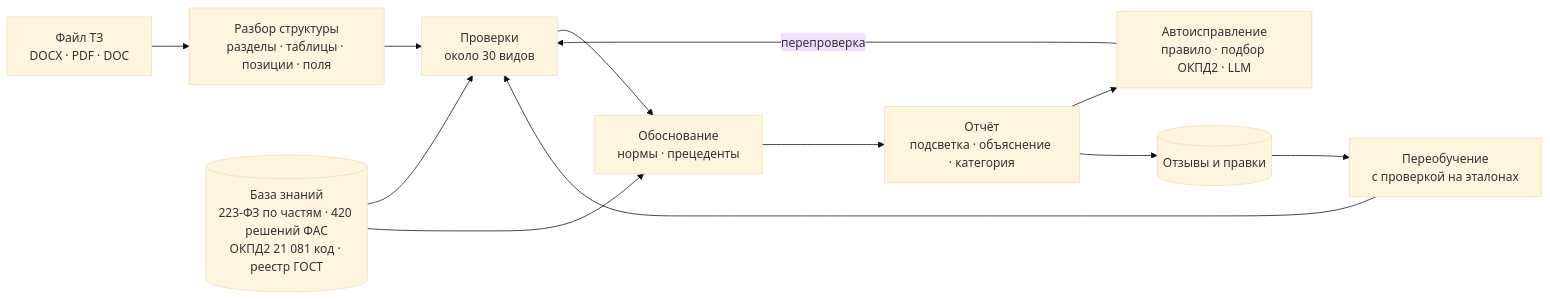
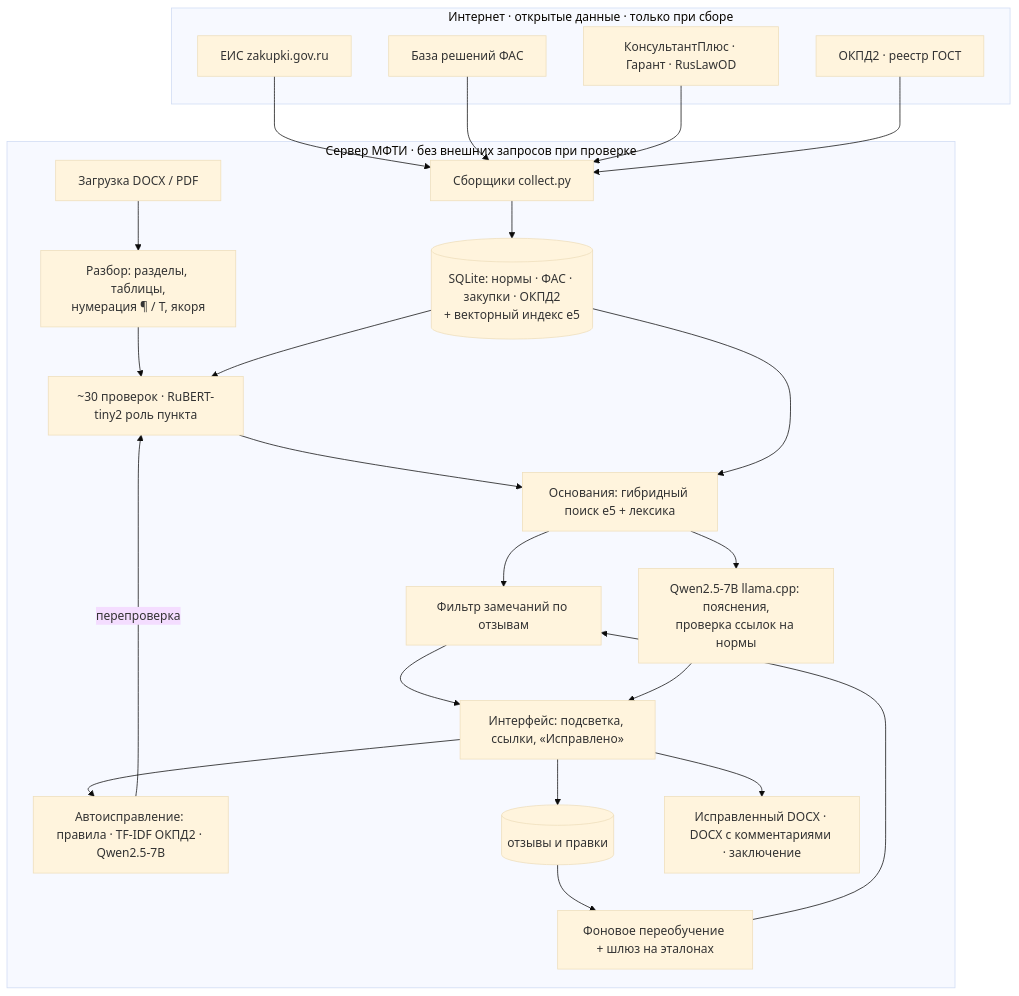
Before and after one commit to XxSNiPxX/tz-review-223fz: the second of 2 diagrams in README.md, drawn with Mermaid (base theme). The commit also changed other lines of this file and 2 other files, not shown here.

Commit message:
Numbered document (¶/Т) with clickable references that scroll to fragments; 'Исправлено' GitHub-style diff of applied edits and inline del/ins; README: local-only highlights, comparison, architecture, feedback/retrain loop, open data

````diff
--- a/README.md
+++ b/README.md
@@ -88,14 +150,28 @@
 ```mermaid
-flowchart LR
-  A[Файл ТЗ<br>DOCX · PDF · DOC] --> B[Разбор структуры<br>разделы · таблицы · позиции · поля]
-  B --> C[Проверки<br>около 30 видов]
-  K[(База знаний<br>223-ФЗ по частям · 420 решений ФАС<br>ОКПД2 21 081 код · реестр ГОСТ)] --> C
-  C --> D[Обоснование<br>нормы · прецеденты]
-  K --> D
-  D --> E[Отчёт<br>подсветка · объяснение · категория]
-  E --> F[Автоисправление<br>правило · подбор ОКПД2 · LLM]
-  F -->|перепроверка| C
-  E --> G[(Отзывы и правки)]
-  G --> H[Переобучение<br>с проверкой на эталонах]
-  H --> C
+flowchart TB
+  subgraph NET[Интернет · открытые данные · только при сборе]
+    EIS[ЕИС zakupki.gov.ru]
+    FAS[База решений ФАС]
+    LAW[КонсультантПлюс · Гарант · RusLawOD]
+    OK[ОКПД2 · реестр ГОСТ]
+  end
+  subgraph MIPT[Сервер МФТИ · без внешних запросов при проверке]
+    COL[Сборщики collect.py] --> KB[(SQLite: нормы · ФАС · закупки · ОКПД2<br>+ векторный индекс e5)]
+    UP[Загрузка DOCX / PDF] --> ING[Разбор: разделы, таблицы,<br>нумерация ¶ / Т, якоря]
+    ING --> CHK[~30 проверок · RuBERT-tiny2 роль пункта]
+    KB --> CHK
+    CHK --> EV[Основания: гибридный поиск e5 + лексика]
+    KB --> EV
+    EV --> FLT[Фильтр замечаний по отзывам]
+    FLT --> UI[Интерфейс: подсветка, ссылки, «Исправлено»]
+    UI --> FIX[Автоисправление: правила · TF-IDF ОКПД2 · Qwen2.5-7B]
+    FIX -->|перепроверка| CHK
+    EV --> LLM[Qwen2.5-7B llama.cpp: пояснения,<br>проверка ссылок на нормы]
+    LLM --> UI
+    UI --> DB[(отзывы и правки)]
+    DB --> RT[Фоновое переобучение + шлюз на эталонах]
+    RT --> FLT
+    UI --> OUT[Исправленный DOCX · DOCX с комментариями · заключение]
+  end
+  EIS & FAS & LAW & OK --> COL
 ```
````
